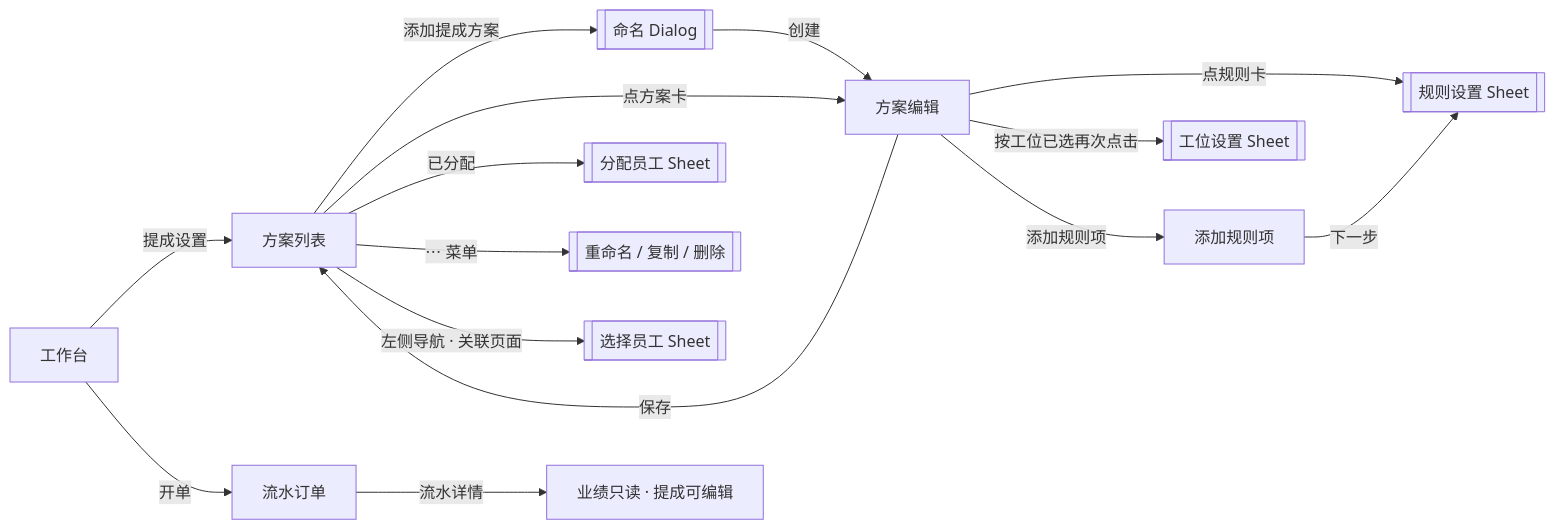
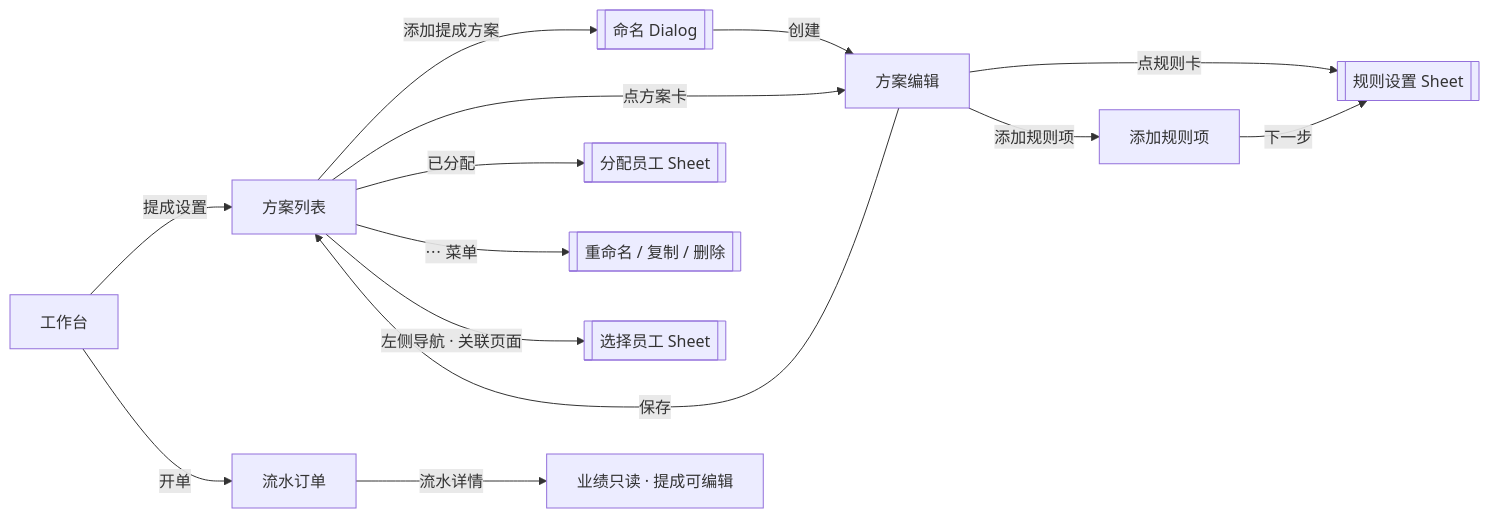
Before and after one commit to XDean-Designer/ticheng: the first of 3 diagrams in PRD-提成设置.md, drawn with Mermaid. The commit also changed other lines of this file and 9 other files, not shown here.

````diff
--- a/PRD-提成设置.md
+++ b/PRD-提成设置.md
@@ -192,17 +189,16 @@
 ```mermaid
 flowchart LR
   W[工作台] -->|提成设置| L[方案列表]
   L -->|添加提成方案| N[[命名 Dialog]]
   N -->|创建| E[方案编辑]
   L -->|点方案卡| E
   E -->|点规则卡| S[[规则设置 Sheet]]
-  E -->|按工位已选再次点击| ST[[工位设置 Sheet]]
   E -->|添加规则项| P[添加规则项]
   P -->|下一步| S
   L -->|已分配| A[[分配员工 Sheet]]
   L -->|⋯ 菜单| M[[重命名 / 复制 / 删除]]
   E -->|保存| L
   L -->|左侧导航 · 关联页面| STF[[选择员工 Sheet]]
   W -->|开单| B[流水订单]
   B -->|流水详情| D[业绩只读 · 提成可编辑]
 ```
````
